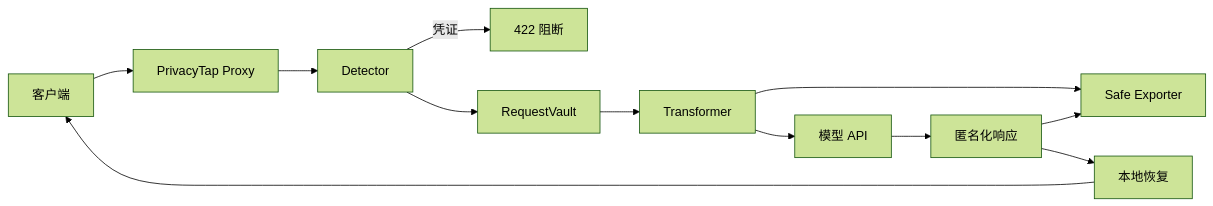
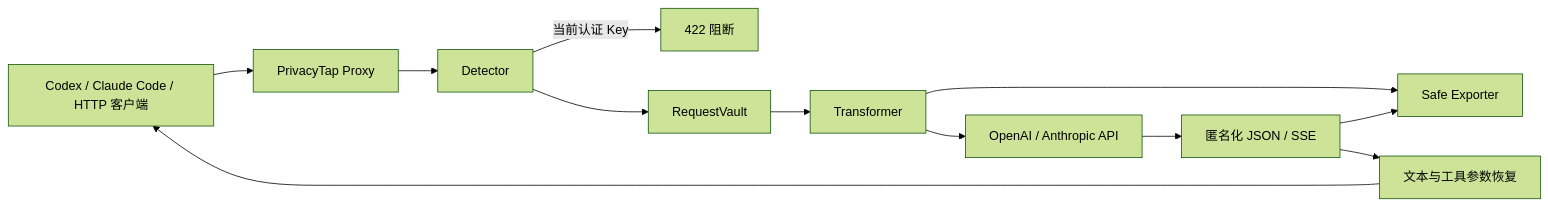
The diagram in docs/project-brief.md (aRookiehuang/privacyTap), drawn with Mermaid (forest theme) before and after one commit. The commit also changed other lines of this file and 8 other files, not shown here.

````diff
--- a/docs/project-brief.md
+++ b/docs/project-brief.md
@@ -32,14 +32,14 @@
 ```mermaid
 flowchart LR
-    U["客户端"] --> P["PrivacyTap Proxy"]
+    U["Codex / Claude Code / HTTP 客户端"] --> P["PrivacyTap Proxy"]
     P --> D["Detector"]
-    D -->|"凭证"| B["422 阻断"]
+    D -->|"当前认证 Key"| B["422 阻断"]
     D --> V["RequestVault"]
     V --> T["Transformer"]
-    T --> M["模型 API"]
+    T --> M["OpenAI / Anthropic API"]
     T --> O["Safe Exporter"]
-    M --> R["匿名化响应"]
+    M --> R["匿名化 JSON / SSE"]
     R --> O
-    R --> X["本地恢复"]
+    R --> X["文本与工具参数恢复"]
     X --> U
 ```
````
